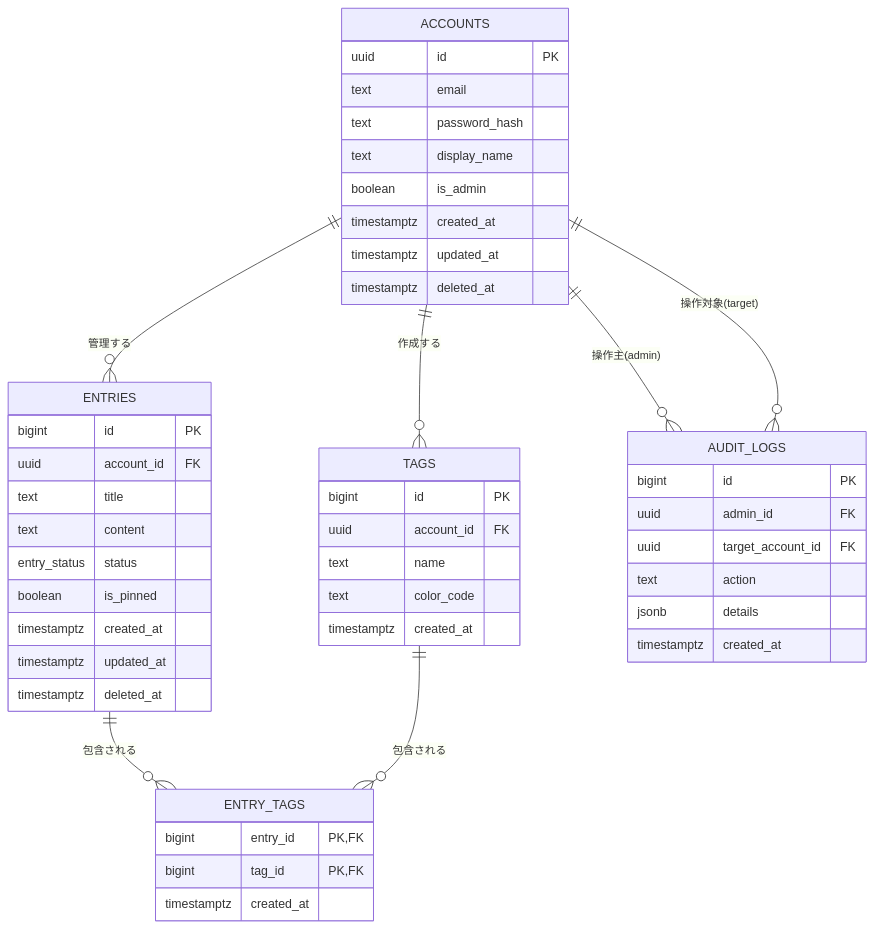
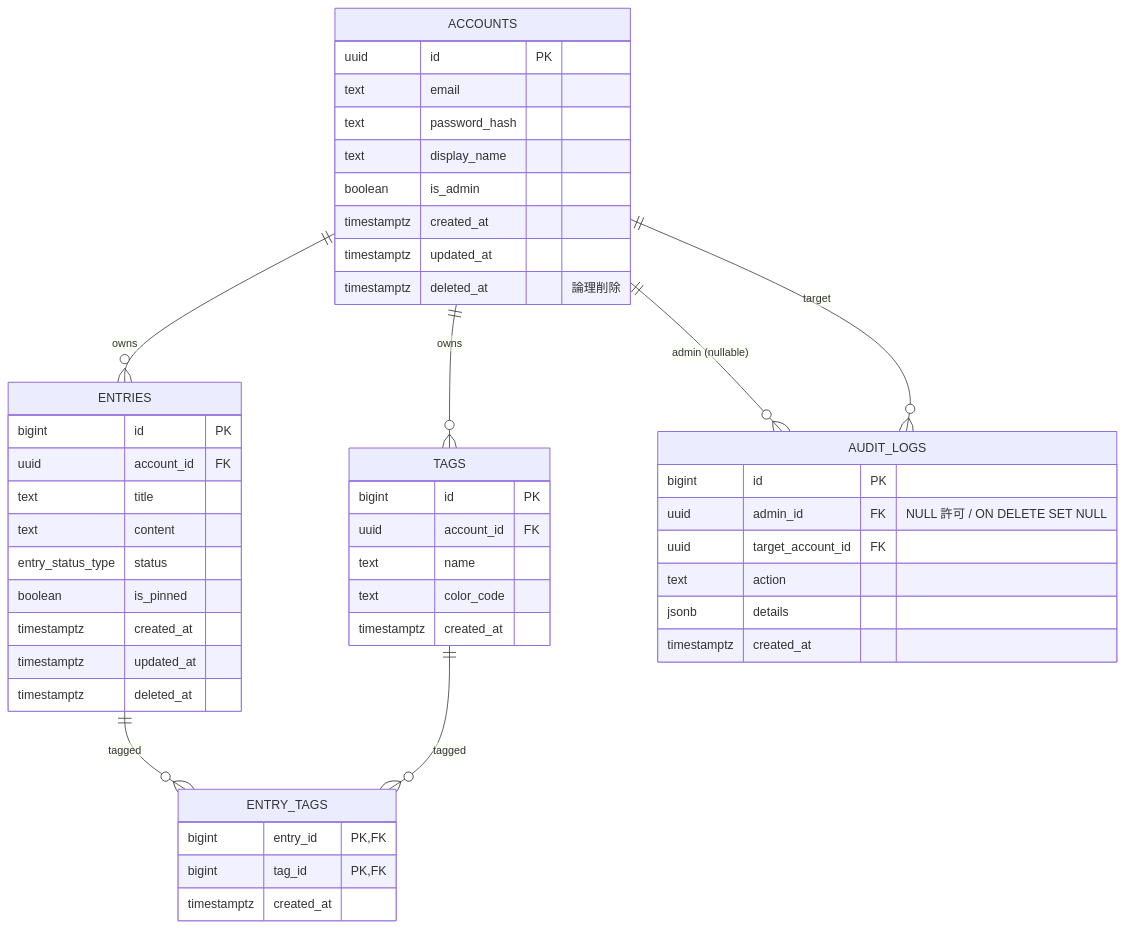
The diagram in README.md (gae-22/note-gae-jp), drawn with Mermaid before and after one commit. The commit also changed other lines of this file, not shown here.

````diff
--- a/README.md
+++ b/README.md
@@ -292,57 +338,62 @@
 ```mermaid
 erDiagram
-    %% IDEF1X: Entities and Relationships
-    ACCOUNTS ||--o{ ENTRIES : "管理する"
-    ACCOUNTS ||--o{ TAGS : "作成する"
-    ACCOUNTS ||--o{ AUDIT_LOGS : "操作主(admin)"
-    ACCOUNTS ||--o{ AUDIT_LOGS : "操作対象(target)"
-    
-    ENTRIES ||--o{ ENTRY_TAGS : "包含される"
-    TAGS ||--o{ ENTRY_TAGS : "包含される"
+    %% ============================
+    %% Relationships
+    %% ============================
+    ACCOUNTS ||--o{ ENTRIES : "owns"
+    ACCOUNTS ||--o{ TAGS : "owns"
+    ACCOUNTS ||--o{ AUDIT_LOGS : "admin (nullable)"
+    ACCOUNTS ||--o{ AUDIT_LOGS : "target"
 
+    ENTRIES ||--o{ ENTRY_TAGS : "tagged"
+    TAGS ||--o{ ENTRY_TAGS : "tagged"
+
+    %% ============================
+    %% Entities
+    %% ============================
     ACCOUNTS {
         uuid id PK
         text email
         text password_hash
         text display_name
         boolean is_admin
         timestamptz created_at
         timestamptz updated_at
-        timestamptz deleted_at
+        timestamptz deleted_at "論理削除"
     }
 
     ENTRIES {
         bigint id PK
         uuid account_id FK
         text title
         text content
-        entry_status status
+        entry_status_type status
         boolean is_pinned
         timestamptz created_at
         timestamptz updated_at
         timestamptz deleted_at
     }
 
     TAGS {
         bigint id PK
         uuid account_id FK
         text name
         text color_code
         timestamptz created_at
     }
 
     ENTRY_TAGS {
         bigint entry_id PK, FK
         bigint tag_id PK, FK
         timestamptz created_at
     }
 
     AUDIT_LOGS {
         bigint id PK
-        uuid admin_id FK
+        uuid admin_id FK "NULL 許可 / ON DELETE SET NULL"
         uuid target_account_id FK
         text action
         jsonb details
         timestamptz created_at
     }
 ```
````
